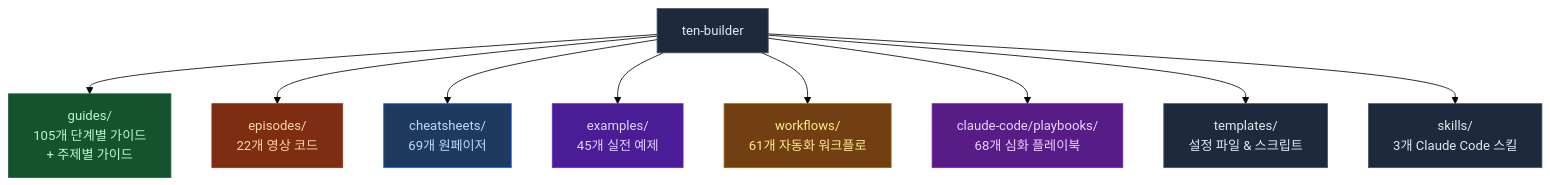
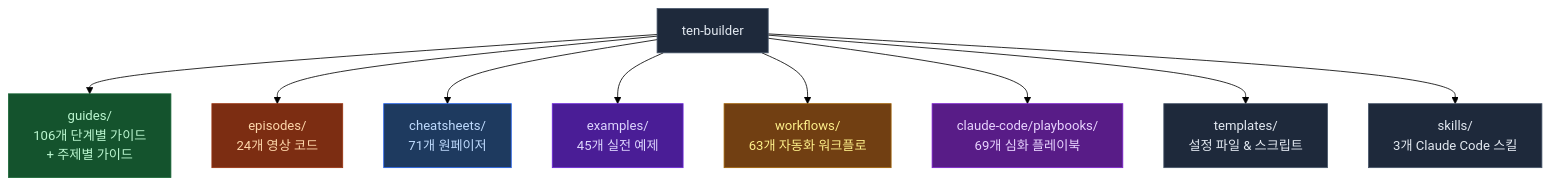
Before and after one commit to ten-builder/ten-builder: the first of 2 diagrams in README.md, drawn with Mermaid (forest theme). The commit also changed other lines of this file, not shown here.

Commit message:
docs: README sync -- add guide 104, EP24, playbooks 69/38-dep, 3 cheatsheets, 2 workflows

````diff
--- a/README.md
+++ b/README.md
@@ -23,21 +23,21 @@
 ```mermaid
 flowchart TD
-    R["ten-builder"] --> G["guides/\n105개 단계별 가이드\n+ 주제별 가이드"]
-    R --> E["episodes/\n22개 영상 코드"]
-    R --> C["cheatsheets/\n69개 원페이저"]
+    R["ten-builder"] --> G["guides/\n106개 단계별 가이드\n+ 주제별 가이드"]
+    R --> E["episodes/\n24개 영상 코드"]
+    R --> C["cheatsheets/\n71개 원페이저"]
     R --> EX["examples/\n45개 실전 예제"]
-    R --> W["workflows/\n61개 자동화 워크플로"]
-    R --> P["claude-code/playbooks/\n68개 심화 플레이북"]
+    R --> W["workflows/\n63개 자동화 워크플로"]
+    R --> P["claude-code/playbooks/\n69개 심화 플레이북"]
     R --> T["templates/\n설정 파일 & 스크립트"]
     R --> S["skills/\n3개 Claude Code 스킬"]
 
     style R fill:#1e293b,stroke:#475569,color:#e2e8f0
     style G fill:#14532d,stroke:#166534,color:#bbf7d0
     style E fill:#7c2d12,stroke:#9a3412,color:#fed7aa
     style C fill:#1e3a5f,stroke:#2563eb,color:#bfdbfe
     style EX fill:#4a1d96,stroke:#6d28d9,color:#ddd6fe
     style W fill:#713f12,stroke:#a16207,color:#fef08a
     style P fill:#581c87,stroke:#7e22ce,color:#e9d5ff
     style T fill:#1e293b,stroke:#475569,color:#e2e8f0
     style S fill:#1e293b,stroke:#475569,color:#e2e8f0
 ```
````
